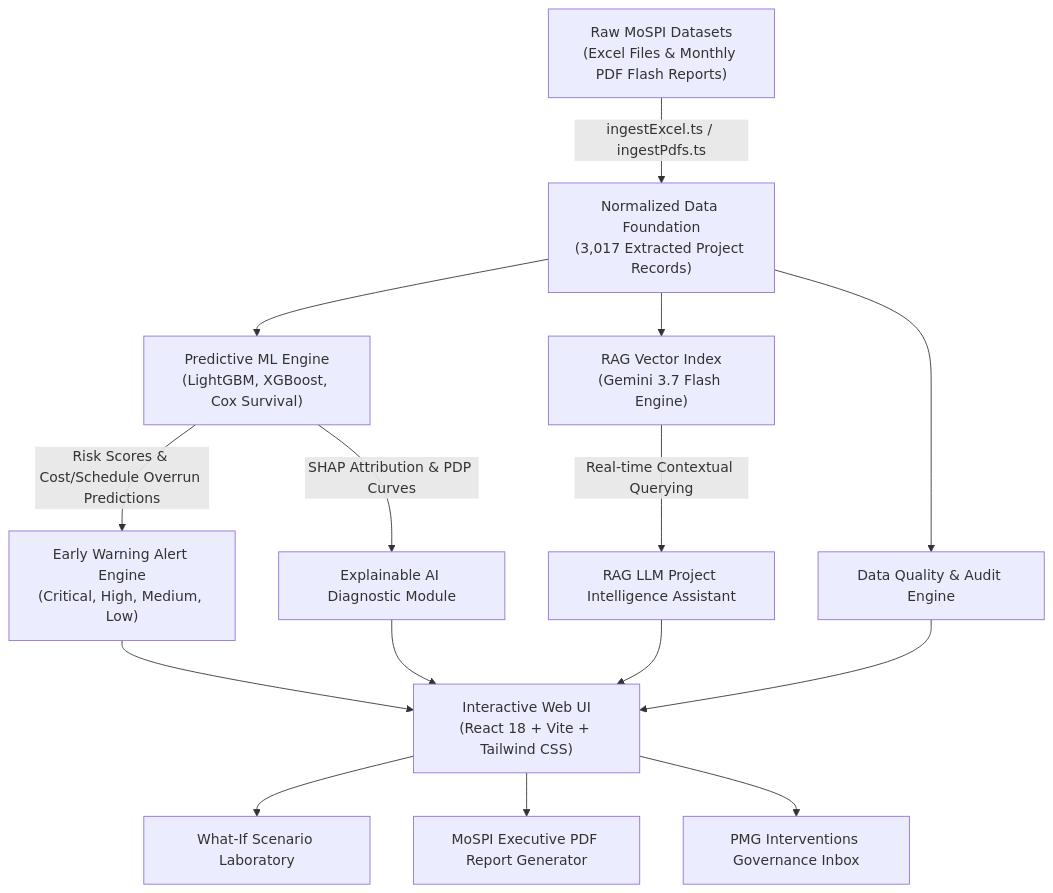
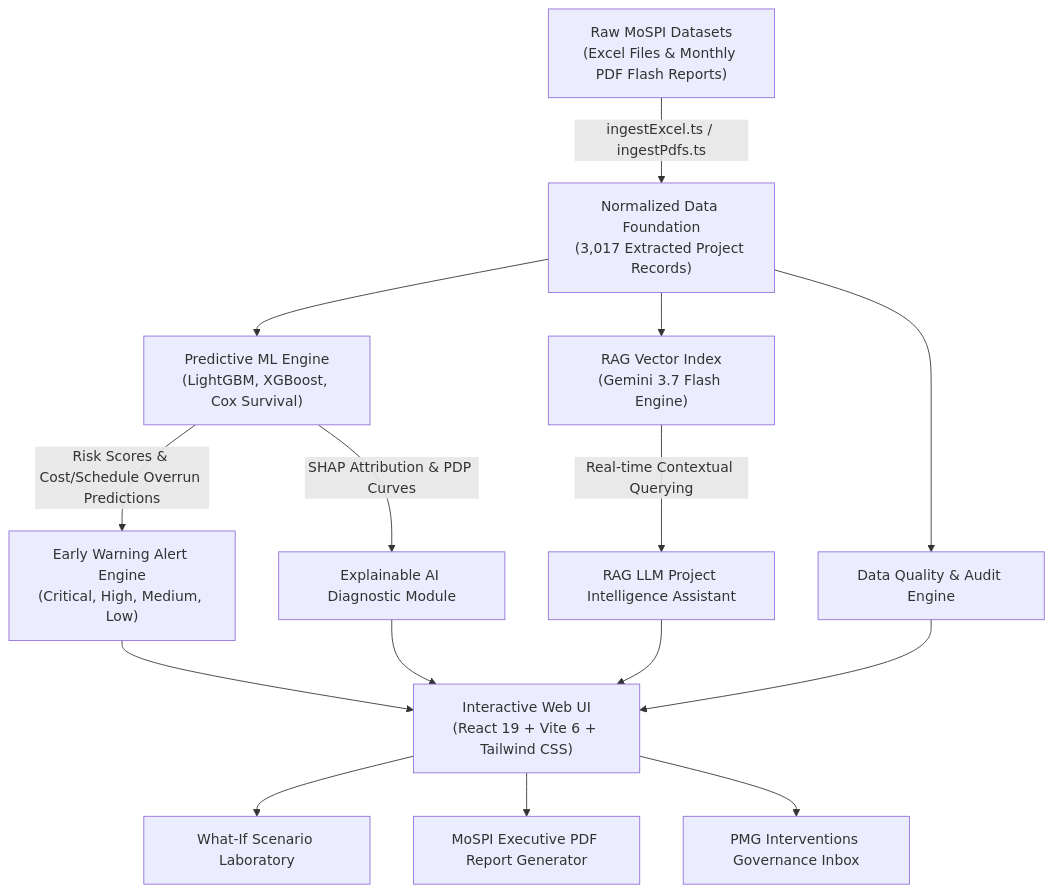
The diagram in README.md (udayy11/sih2026), drawn with Mermaid before and after one commit. The commit also changed other lines of this file and 20 other files, not shown here.

````diff
--- a/README.md
+++ b/README.md
@@ -39,22 +42,22 @@
 ```mermaid
 graph TD
     A["Raw MoSPI Datasets<br/>(Excel Files & Monthly PDF Flash Reports)"] -->|ingestExcel.ts / ingestPdfs.ts| B["Normalized Data Foundation<br/>(3,017 Extracted Project Records)"]
     
     B --> C["Predictive ML Engine<br/>(LightGBM, XGBoost, Cox Survival)"]
     B --> D["RAG Vector Index<br/>(Gemini 3.7 Flash Engine)"]
     B --> E["Data Quality & Audit Engine"]
 
     C -->|Risk Scores & Cost/Schedule Overrun Predictions| F["Early Warning Alert Engine<br/>(Critical, High, Medium, Low)"]
     C -->|SHAP Attribution & PDP Curves| G["Explainable AI Diagnostic Module"]
     
     D -->|Real-time Contextual Querying| H["RAG LLM Project Intelligence Assistant"]
     
-    F --> I["Interactive Web UI<br/>(React 18 + Vite + Tailwind CSS)"]
+    F --> I["Interactive Web UI<br/>(React 19 + Vite 6 + Tailwind CSS)"]
     G --> I
     H --> I
     E --> I
 
     I --> J["What-If Scenario Laboratory"]
     I --> K["MoSPI Executive PDF Report Generator"]
     I --> L["PMG Interventions Governance Inbox"]
 ```
````
